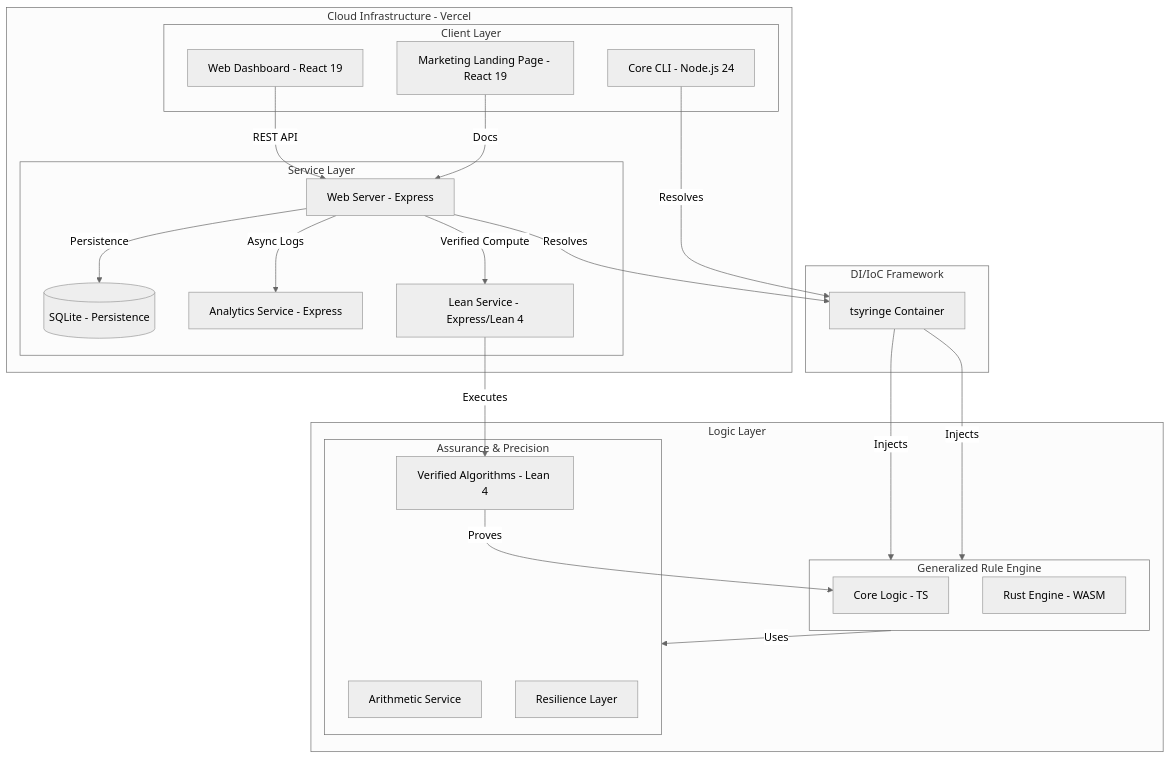
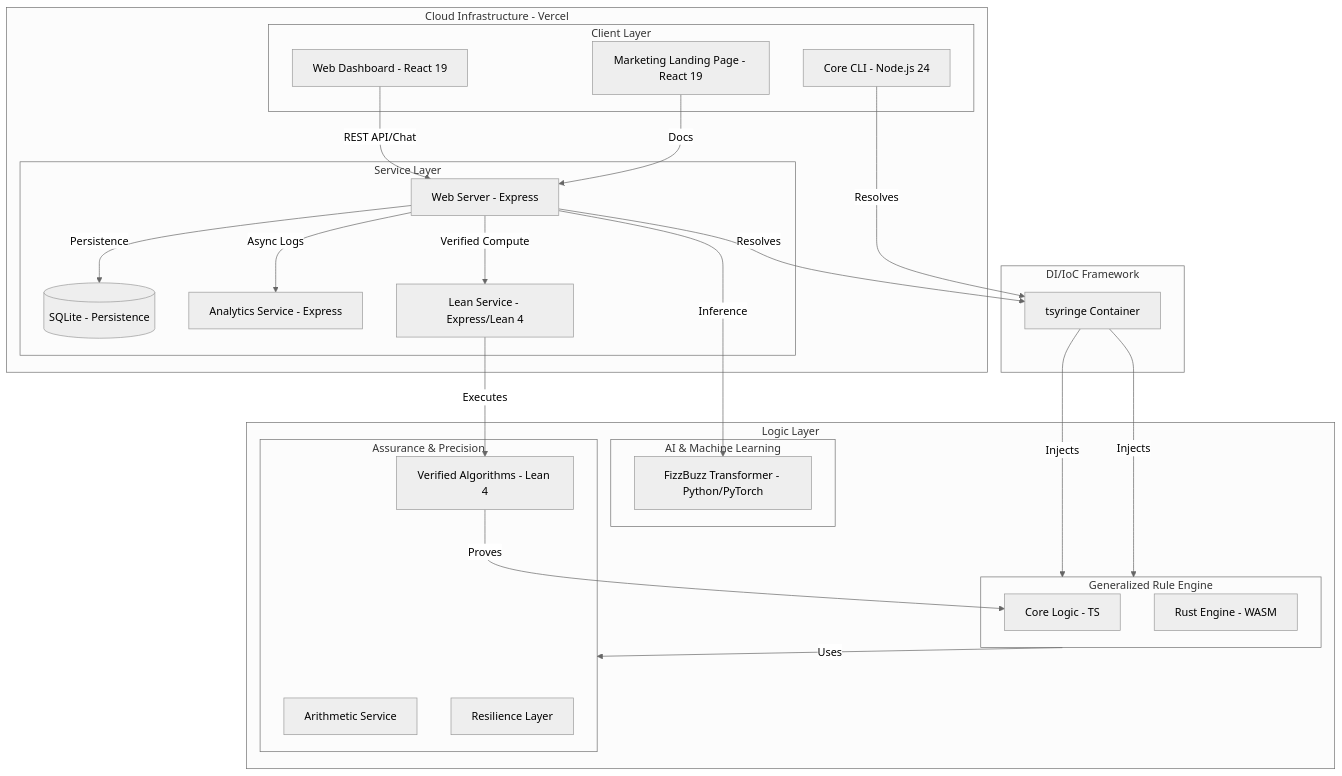
One commit to CamJohnson26/agent-first-fizzbuzz-scalable changed the second of 2 diagrams in README.md. Above: the diagram before and after it, drawn with Mermaid (neutral theme). The commit also changed 11 other files, not shown here.

First line of the commit message:
F095: Implement Web Inference & Chat for FizzBuzz Transformer

````diff
--- a/README.md
+++ b/README.md
@@ -66,46 +66,50 @@
 ```mermaid
 graph TD
     subgraph Hosting [Cloud Infrastructure - Vercel]
         subgraph Client_Layer [Client Layer]
             WD[Web Dashboard - React 19]
             LP[Marketing Landing Page - React 19]
             CLI[Core CLI - Node.js 24]
         end
 
         subgraph Service_Layer [Service Layer]
             WS[Web Server - Express]
             DB[(SQLite - Persistence)]
             AS[Analytics Service - Express]
             LS[Lean Service - Express/Lean 4]
         end
     end
 
     subgraph Logic_Layer [Logic Layer]
         subgraph Generalized_Engine [Generalized Rule Engine]
             CL[Core Logic - TS]
             RE[Rust Engine - WASM]
         end
+        subgraph Machine_Learning [AI & Machine Learning]
+            TF[FizzBuzz Transformer - Python/PyTorch]
+        end
         subgraph Assurance_Layer [Assurance & Precision]
             ASV[Arithmetic Service]
             RL[Resilience Layer]
             VA[Verified Algorithms - Lean 4]
         end
     end
 
     subgraph DI_IoC [DI/IoC Framework]
         DI[tsyringe Container]
     end
 
-    WD -- REST API --> WS
+    WD -- REST API/Chat --> WS
     LP -- Docs --> WS
     WS -- Persistence --> DB
+    WS -- Inference --> TF
     WS -- Resolves --> DI
     DI -- Injects --> Generalized_Engine
     WS -- Async Logs --> AS
     WS -- Verified Compute --> LS
     CLI -- Resolves --> DI
     DI -- Injects --> Generalized_Engine
     Generalized_Engine -- Uses --> Assurance_Layer
     VA -- Proves --> CL
     LS -- Executes --> VA
 ```
````
